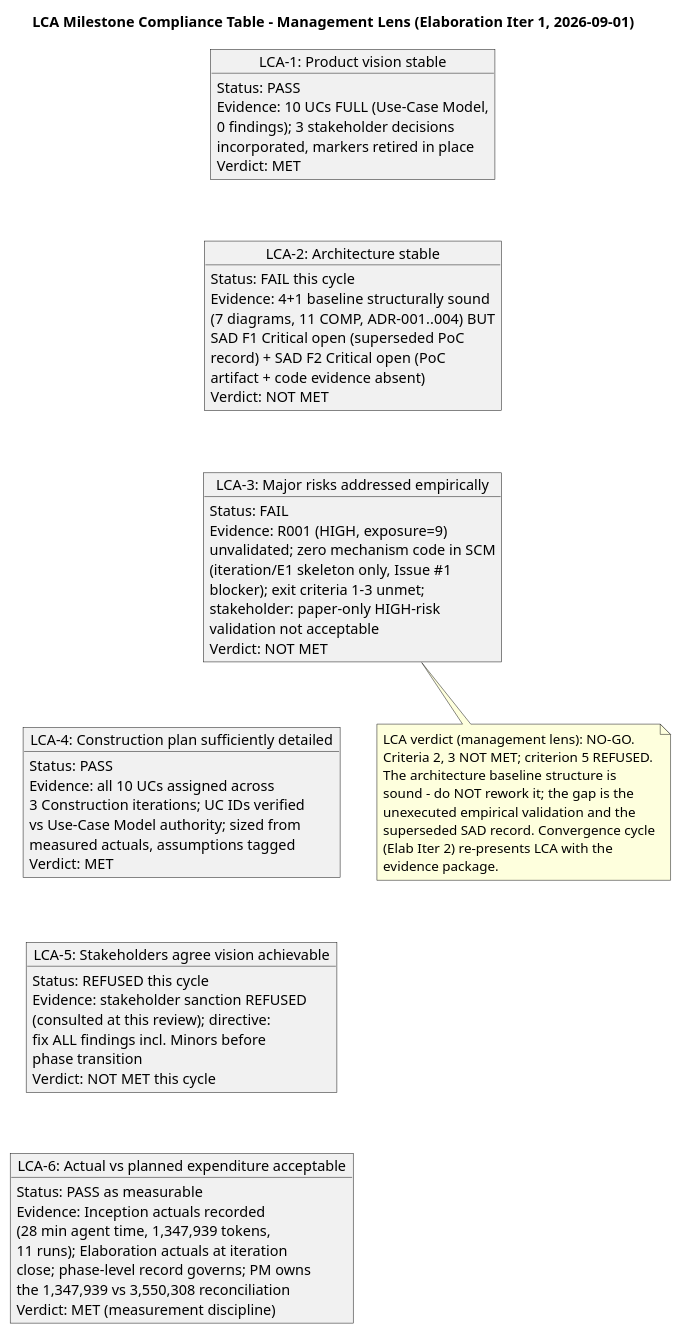
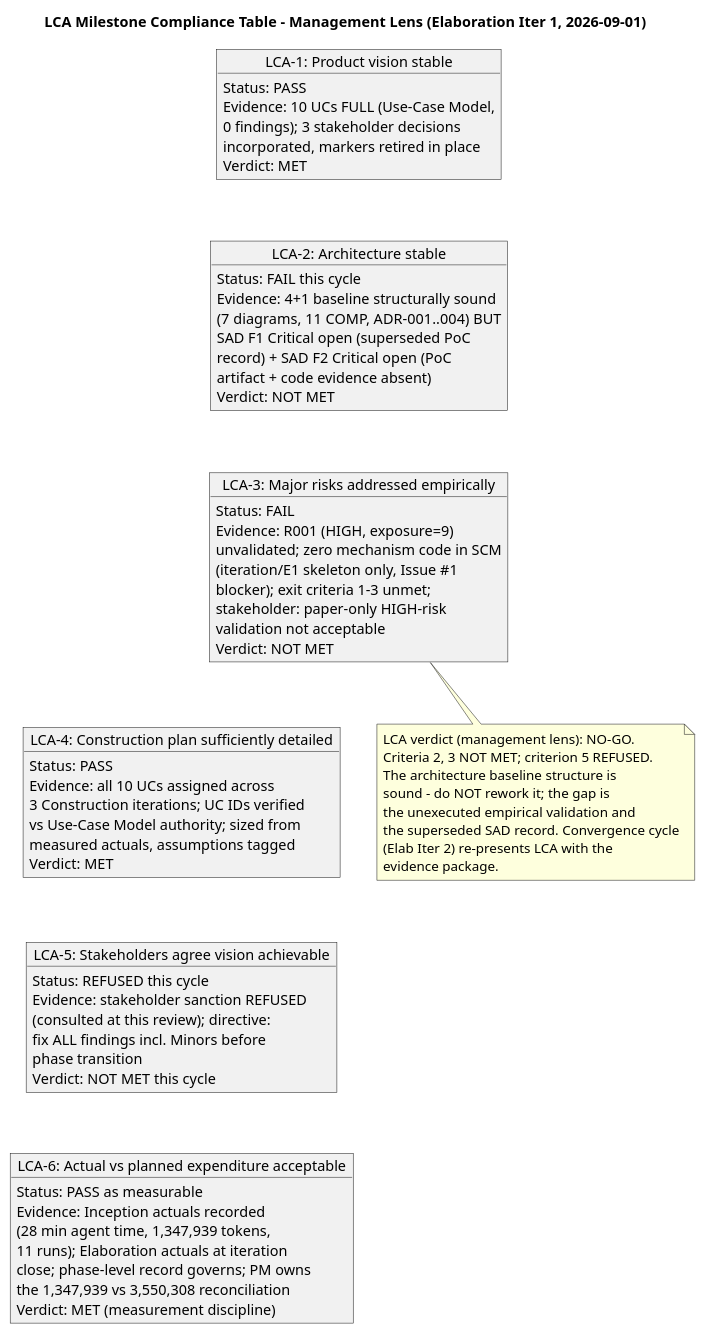
Before and after one commit to banense-test/employee-portal: the sixth of 25 diagrams in docs/artifacts/project-management/review-record.md, drawn with PlantUML. The commit also changed other lines of this file, not shown here.

First line of the commit message:
Code Reviewer [E3]: upsert Review Record

````diff
--- a/docs/artifacts/project-management/review-record.md
+++ b/docs/artifacts/project-management/review-record.md
@@ -402,74 +402,74 @@
 ```plantuml
 @startuml
 title LCA Milestone Compliance Table - Management Lens (Elaboration Iter 1, 2026-09-01)
 
 object "LCA-1: Product vision stable" as C1 {
   Status: PASS
   Evidence: 10 UCs FULL (Use-Case Model,
   0 findings); 3 stakeholder decisions
   incorporated, markers retired in place
   Verdict: MET
 }
 object "LCA-2: Architecture stable" as C2 {
   Status: FAIL this cycle
   Evidence: 4+1 baseline structurally sound
   (7 diagrams, 11 COMP, ADR-001..004) BUT
   SAD F1 Critical open (superseded PoC
   record) + SAD F2 Critical open (PoC
   artifact + code evidence absent)
   Verdict: NOT MET
 }
 object "LCA-3: Major risks addressed empirically" as C3 {
   Status: FAIL
   Evidence: R001 (HIGH, exposure=9)
   unvalidated; zero mechanism code in SCM
   (iteration/E1 skeleton only, Issue #1
   blocker); exit criteria 1-3 unmet;
   stakeholder: paper-only HIGH-risk
   validation not acceptable
   Verdict: NOT MET
 }
 object "LCA-4: Construction plan sufficiently detailed" as C4 {
   Status: PASS
   Evidence: all 10 UCs assigned across
   3 Construction iterations; UC IDs verified
   vs Use-Case Model authority; sized from
   measured actuals, assumptions tagged
   Verdict: MET
 }
 object "LCA-5: Stakeholders agree vision achievable" as C5 {
   Status: REFUSED this cycle
   Evidence: stakeholder sanction REFUSED
   (consulted at this review); directive:
   fix ALL findings incl. Minors before
   phase transition
   Verdict: NOT MET this cycle
 }
 object "LCA-6: Actual vs planned expenditure acceptable" as C6 {
   Status: PASS as measurable
   Evidence: Inception actuals recorded
   (28 min agent time, 1,347,939 tokens,
   11 runs); Elaboration actuals at iteration
   close; phase-level record governs; PM owns
   the 1,347,939 vs 3,550,308 reconciliation
   Verdict: MET (measurement discipline)
 }
 
 C1 -[hidden]-> C2
 C2 -[hidden]-> C3
 C3 -[hidden]-> C4
 C4 -[hidden]-> C5
 C5 -[hidden]-> C6
 
 note bottom of C3
   LCA verdict (management lens): NO-GO.
   Criteria 2, 3 NOT MET; criterion 5 REFUSED.
   The architecture baseline structure is
-  sound - do NOT rework it; the gap is the
-  unexecuted empirical validation and the
-  superseded SAD record. Convergence cycle
+  sound - do NOT rework it; the gap is
+  the unexecuted empirical validation and
+  the superseded SAD record. Convergence cycle
   (Elab Iter 2) re-presents LCA with the
   evidence package.
 end note
 @enduml
 ```
````
